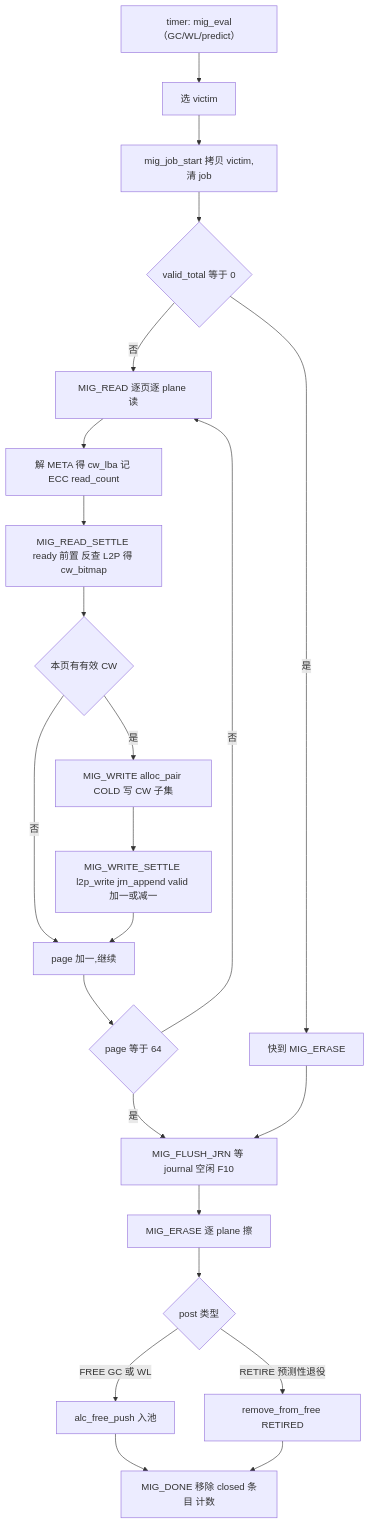
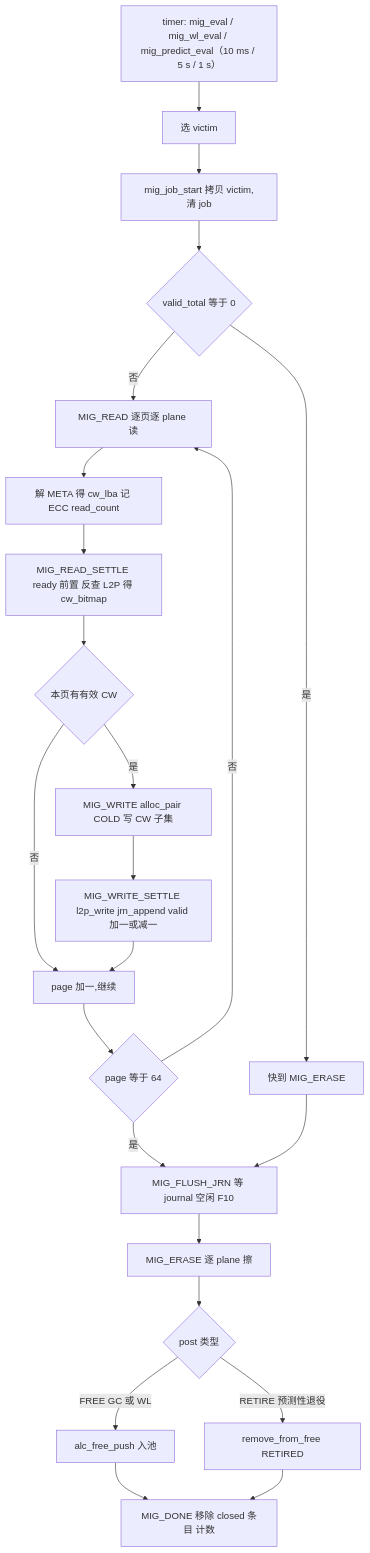
Diagram 34 of 36 in docs/design/ftl_design.md (YzYMIAO/BASESSD), drawn with Mermaid before and after one commit. The commit also changed other lines of this file and 18 other files, not shown here.

````diff
--- a/docs/design/ftl_design.md
+++ b/docs/design/ftl_design.md
@@ -4765,25 +4765,25 @@
 ```mermaid
 flowchart TD
-    A["timer: mig_eval（GC/WL/predict）"] --> B["选 victim"]
+    A["timer: mig_eval / mig_wl_eval / mig_predict_eval（10 ms / 5 s / 1 s）"] --> B["选 victim"]
     B --> C["mig_job_start 拷贝 victim,清 job"]
     C --> D{"valid_total 等于 0"}
     D -- "是" --> E["快到 MIG_ERASE"]
     D -- "否" --> F["MIG_READ 逐页逐 plane 读"]
     F --> G["解 META 得 cw_lba 记 ECC read_count"]
     G --> H["MIG_READ_SETTLE ready 前置 反查 L2P 得 cw_bitmap"]
     H --> I{"本页有有效 CW"}
     I -- "否" --> J["page 加一,继续"]
     I -- "是" --> K["MIG_WRITE alloc_pair COLD 写 CW 子集"]
     K --> L["MIG_WRITE_SETTLE l2p_write jrn_append valid 加一或减一"]
     L --> J
     J --> M{"page 等于 64"}
     M -- "否" --> F
     M -- "是" --> N["MIG_FLUSH_JRN 等 journal 空闲 F10"]
     N --> O["MIG_ERASE 逐 plane 擦"]
     O --> P{"post 类型"}
     P -- "FREE GC 或 WL" --> Q["alc_free_push 入池"]
     P -- "RETIRE 预测性退役" --> R["remove_from_free RETIRED"]
     Q --> S["MIG_DONE 移除 closed 条目 计数"]
     R --> S
     E --> N
 ```
````
